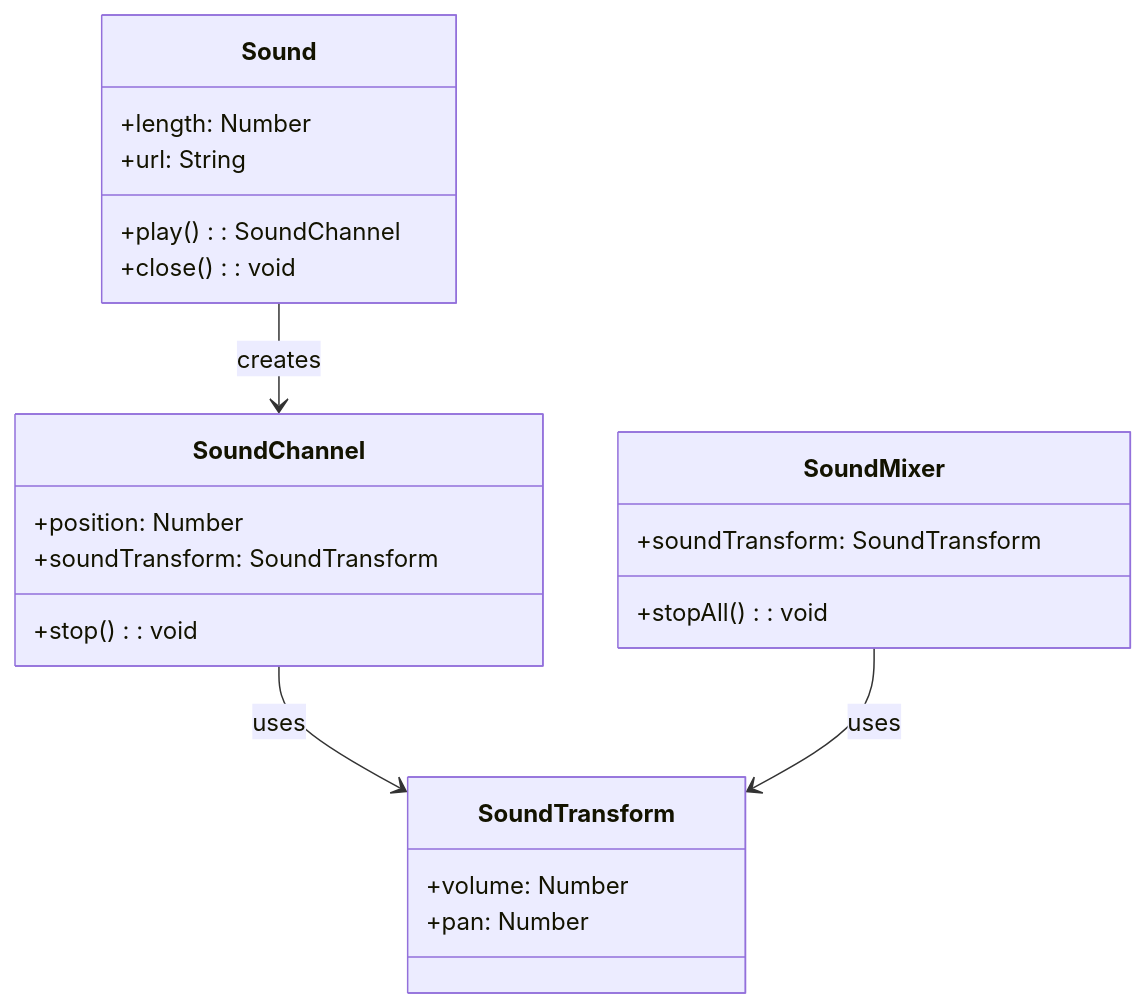
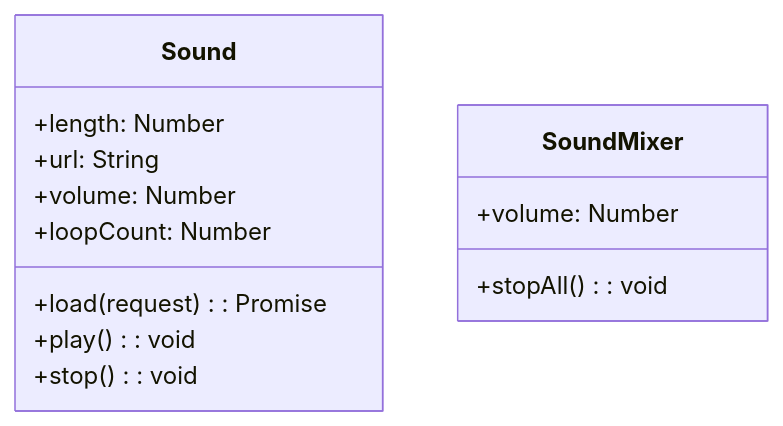
The diagram in specs/en/sound.md (Next2D/player), drawn with Mermaid before and after one commit. The commit also changed other lines of this file and 27 other files, not shown here.

````diff
--- a/specs/en/sound.md
+++ b/specs/en/sound.md
@@ -7,26 +7,16 @@
 ```mermaid
 classDiagram
     class Sound {
         +length: Number
         +url: String
-        +play(): SoundChannel
-        +close(): void
-    }
-    class SoundChannel {
-        +position: Number
-        +soundTransform: SoundTransform
+        +volume: Number
+        +loopCount: Number
+        +load(request): Promise
+        +play(): void
         +stop(): void
     }
-    class SoundTransform {
+    class SoundMixer {
         +volume: Number
-        +pan: Number
-    }
-    class SoundMixer {
-        +soundTransform: SoundTransform
         +stopAll(): void
     }
-
-    Sound --> SoundChannel : creates
-    SoundChannel --> SoundTransform : uses
-    SoundMixer --> SoundTransform : uses
 ```
````
